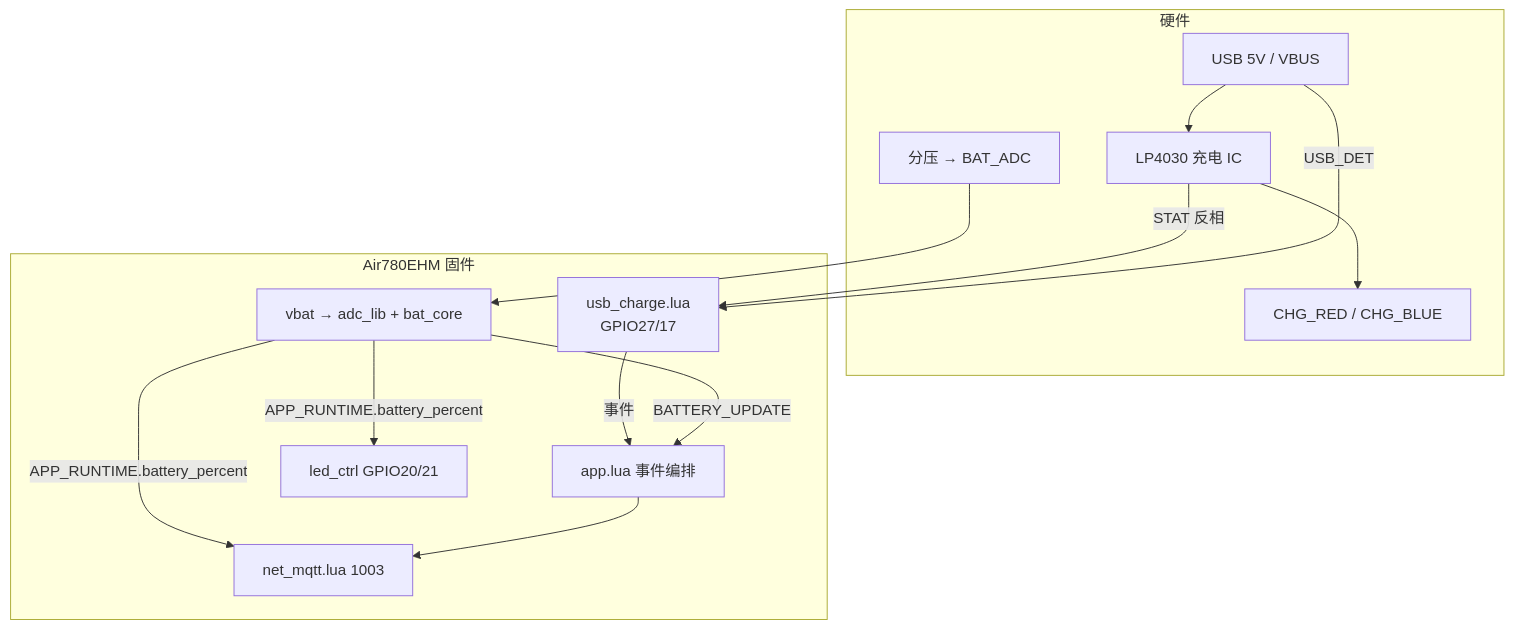
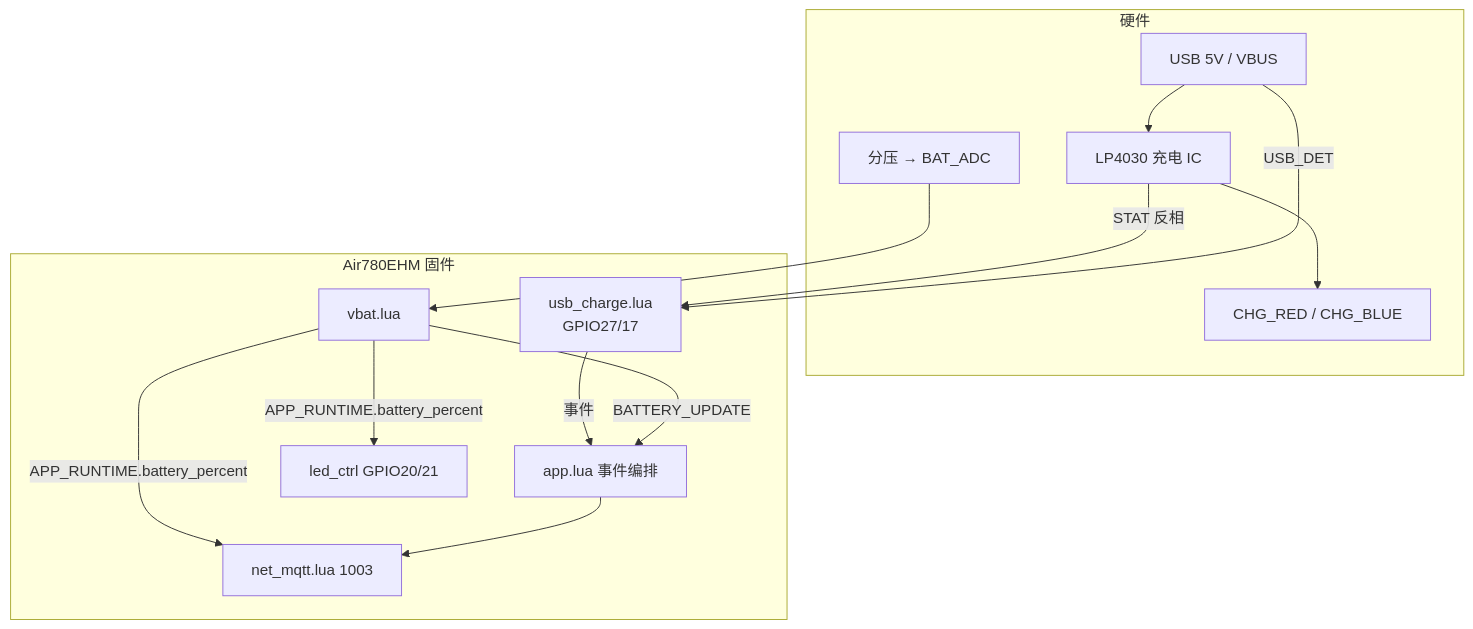
Before and after one commit to dzr1986/AIR780EHM: the first of 4 diagrams in doc/CHARGE_BATTERY.md, drawn with Mermaid. The commit also changed other lines of this file and 80 other files, not shown here.

````diff
--- a/doc/CHARGE_BATTERY.md
+++ b/doc/CHARGE_BATTERY.md
@@ -20,26 +20,26 @@
 ```mermaid
 flowchart TB
     subgraph HW["硬件"]
         USB[USB 5V / VBUS]
         U17[LP4030 充电 IC]
         DIV[分压 → BAT_ADC]
         LED_CHG[CHG_RED / CHG_BLUE]
     end
     subgraph MCU["Air780EHM 固件"]
         CHG[usb_charge.lua<br/>GPIO27/17]
-        BAT[vbat → adc_lib + bat_core]
+        BAT[vbat.lua]
         APP[app.lua 事件编排]
         LED[led_ctrl GPIO20/21]
         NET[net_mqtt.lua 1003]
     end
     USB --> U17
     U17 --> LED_CHG
     U17 -->|STAT 反相| CHG
     USB -->|USB_DET| CHG
     DIV --> BAT
     BAT -->|APP_RUNTIME.battery_percent| LED
     BAT -->|APP_RUNTIME.battery_percent| NET
     CHG -->|事件| APP
     BAT -->|BATTERY_UPDATE| APP
     APP --> NET
 ```
````
